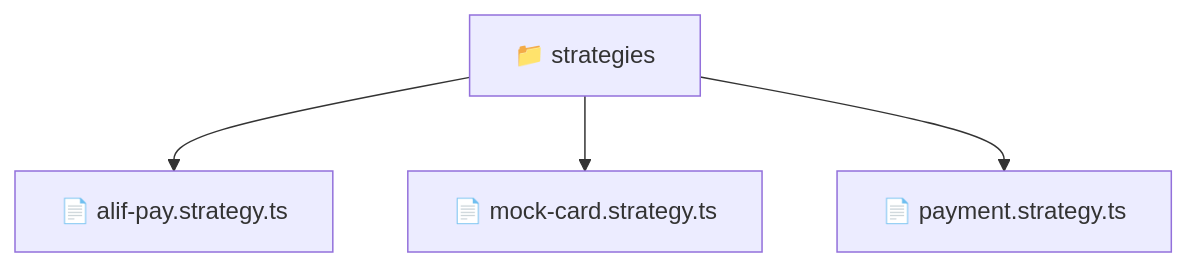
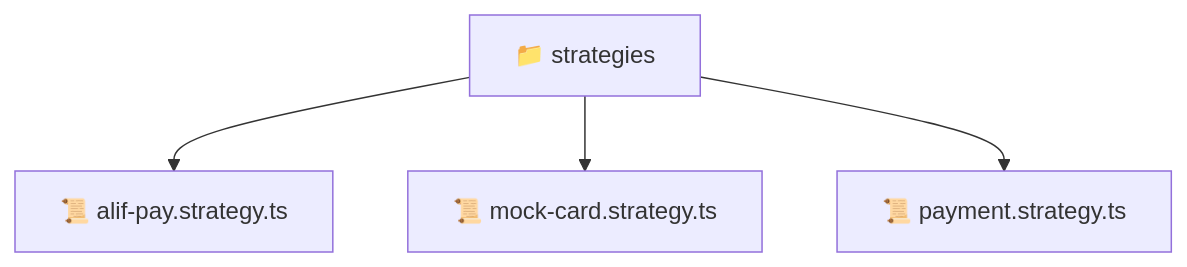
Before and after one commit to beginwebdev2002/fullstack-mavluda: the diagram in backend/src/modules/payment/strategies/README.md, drawn with Mermaid. The commit also changed other lines of this file and 163 other files, not shown here.

````diff
--- a/backend/src/modules/payment/strategies/README.md
+++ b/backend/src/modules/payment/strategies/README.md
@@ -9,7 +9,7 @@
 ```mermaid
 graph TD
-  Root["📁 strategies"]
-  Root --> alif_pay_strategy_ts["📄 alif-pay.strategy.ts"]
-  Root --> mock_card_strategy_ts["📄 mock-card.strategy.ts"]
-  Root --> payment_strategy_ts["📄 payment.strategy.ts"]
+  strategies["📁 strategies"]
+  strategies --> alif_pay_strategy_ts["📜 alif-pay.strategy.ts"]
+  strategies --> mock_card_strategy_ts["📜 mock-card.strategy.ts"]
+  strategies --> payment_strategy_ts["📜 payment.strategy.ts"]
 ```
````
